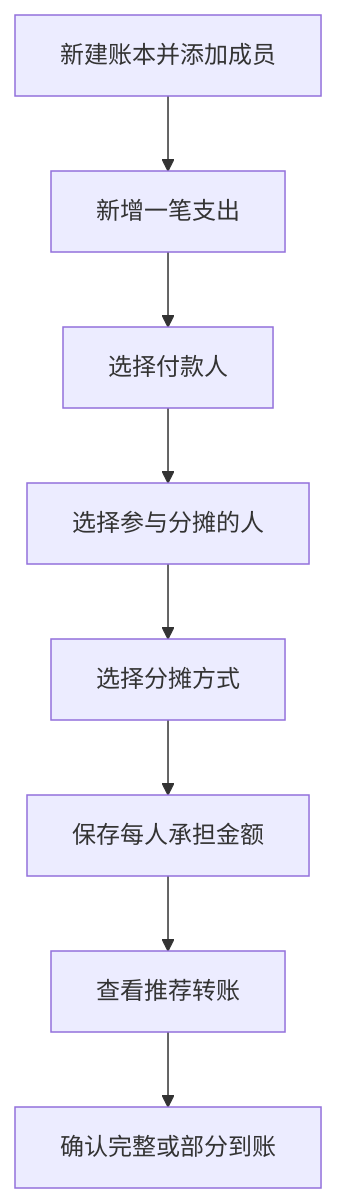
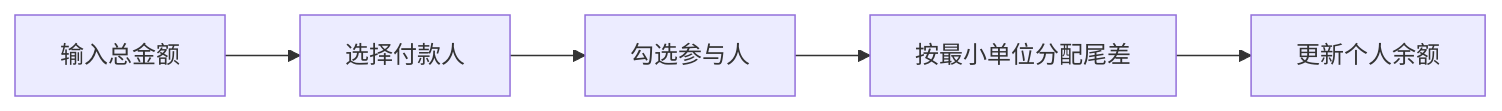
The second of 7 diagrams in docs/USER_GUIDE.md (shihg7/wechat_mini_program), drawn with Mermaid before and after one commit. The commit also changed other lines of this file and 207 other files, not shown here.

````diff
--- a/docs/USER_GUIDE.md
+++ b/docs/USER_GUIDE.md
@@ -463,18 +128,12 @@
 ```mermaid
-flowchart TD
-    A["新建账本并添加成员"]
-    B["新增一笔支出"]
-    C["选择付款人"]
-    D["选择参与分摊的人"]
-    E["选择分摊方式"]
-    F["保存每人承担金额"]
-    G["查看推荐转账"]
-    H["确认完整或部分到账"]
+flowchart LR
+    A["输入总金额"]
+    B["选择付款人"]
+    C["勾选参与人"]
+    D["按最小单位分配尾差"]
+    E["更新个人余额"]
     A --> B
     B --> C
     C --> D
     D --> E
-    E --> F
-    F --> G
-    G --> H
 ```
````
